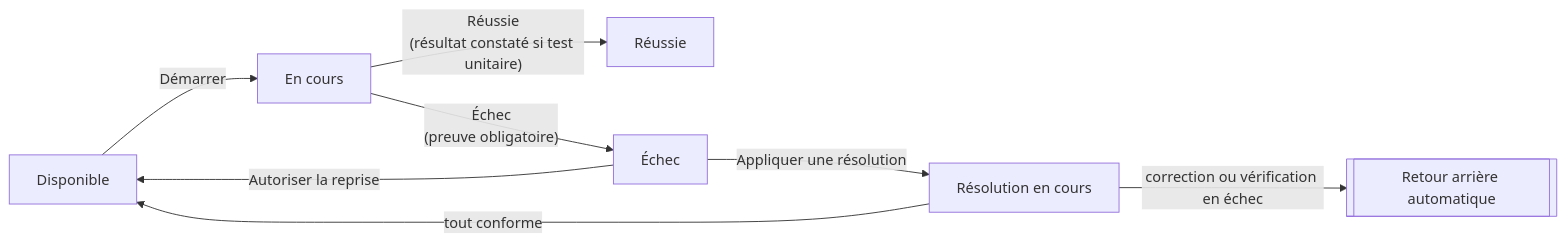
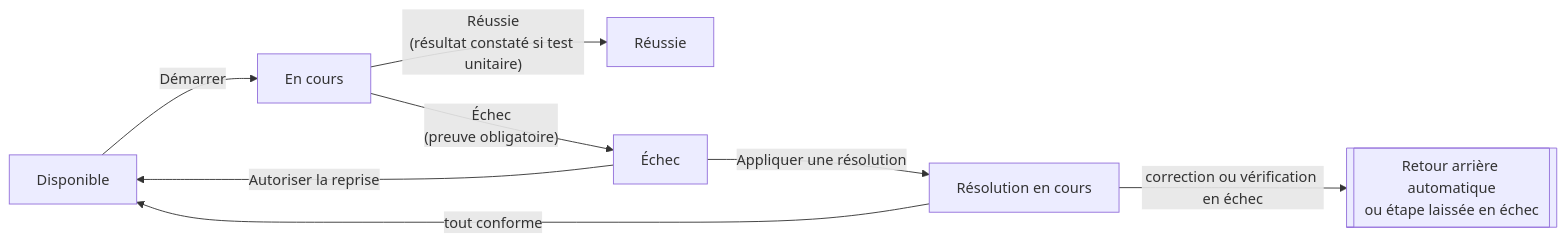
Before and after one commit to SolaDevSolide/gestion-mep: the diagram in docs/Exécuter-une-MEP.md, drawn with Mermaid. The commit also changed other lines of this file and 51 other files, not shown here.

Commit message:
Retour arrière et échéance facultatifs (#63)

````diff
--- a/docs/Exécuter-une-MEP.md
+++ b/docs/Exécuter-une-MEP.md
@@ -36,10 +36,10 @@
 ```mermaid
 flowchart LR
     A[Disponible] -- Démarrer --> B[En cours]
     B -- "Réussie<br/>(résultat constaté si test unitaire)" --> C[Réussie]
     B -- "Échec<br/>(preuve obligatoire)" --> D[Échec]
     D -- Appliquer une résolution --> E[Résolution en cours]
     E -- tout conforme --> A
-    E -- correction ou vérification en échec --> F[[Retour arrière automatique]]
+    E -- correction ou vérification en échec --> F[[Retour arrière automatique<br/>ou étape laissée en échec]]
     D -- Autoriser la reprise --> A
 ```
````
